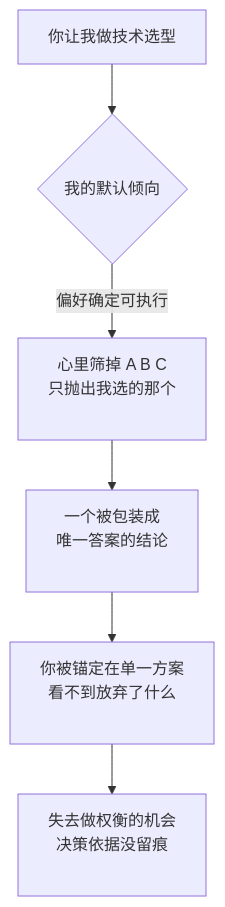
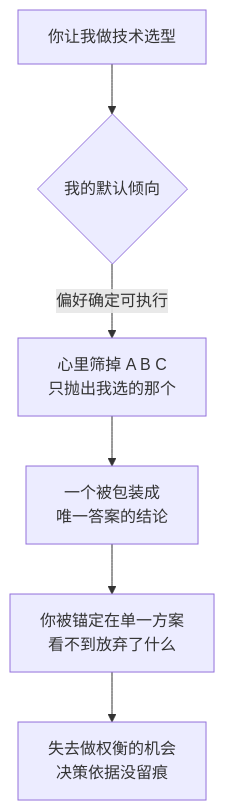
Before and after one commit to XuebinMa/AIWiki: the diagram in docs/03-architecture/single-option-no-tradeoffs.mdx, drawn with Mermaid. The commit also changed 99 other files, not shown here.

First line of the commit message:
fix(mermaid): 全局根治节点文字裁切（htmlLabels:false + 清理 br/nbsp 占位）(#26)

````diff
--- a/docs/03-architecture/single-option-no-tradeoffs.mdx
+++ b/docs/03-architecture/single-option-no-tradeoffs.mdx
@@ -39,8 +39,8 @@
 ```mermaid
 flowchart TD
     A[你让我做技术选型] --> B{我的默认倾向}
-    B -->|偏好确定可执行| C[心里筛掉 A B C<br/>只抛出我选的那个<br/>&nbsp;]
-    C --> D[一个被包装成<br/>唯一答案的结论<br/>&nbsp;]
-    D --> E[你被锚定在单一方案<br/>看不到放弃了什么<br/>&nbsp;]
-    E --> F[失去做权衡的机会<br/>决策依据没留痕<br/>&nbsp;]
+    B -->|偏好确定可执行| C[心里筛掉 A B C<br/>只抛出我选的那个]
+    C --> D[一个被包装成<br/>唯一答案的结论]
+    D --> E[你被锚定在单一方案<br/>看不到放弃了什么]
+    E --> F[失去做权衡的机会<br/>决策依据没留痕]
 ```
````
